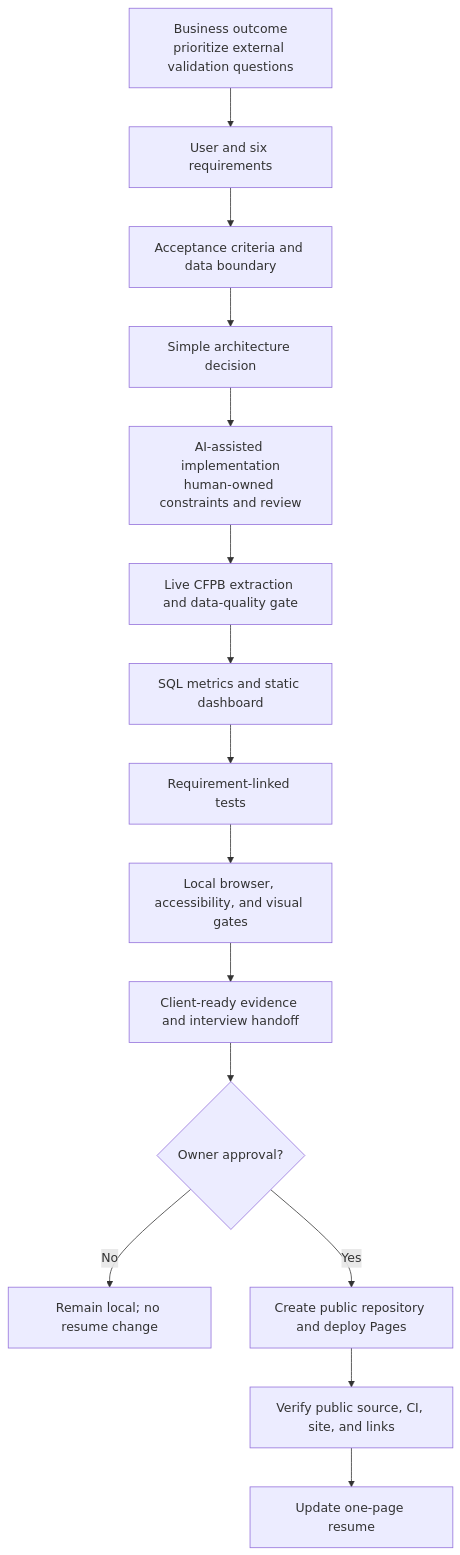
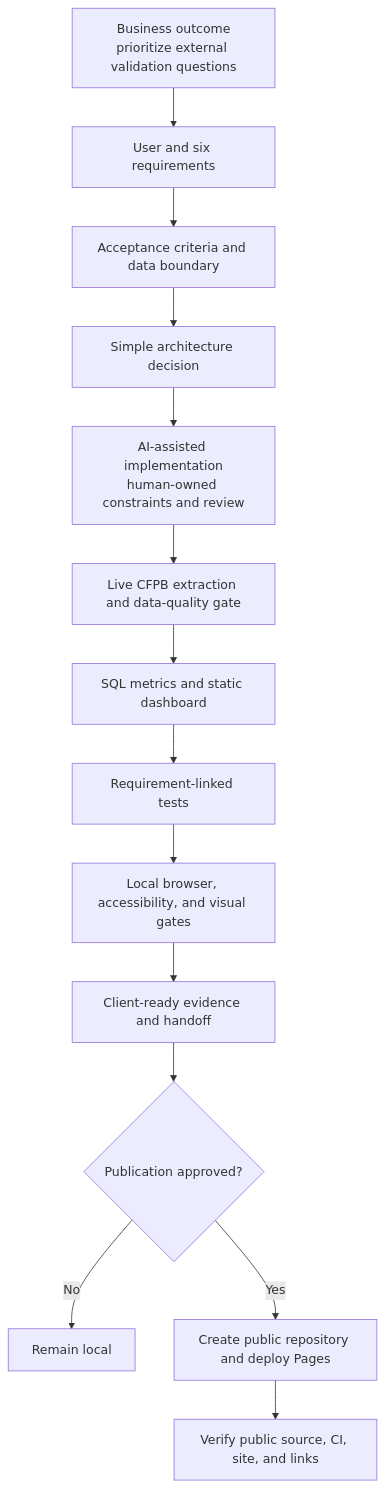
One commit to Duckky153/consumer-complaint-operations changed the first of 2 diagrams in delivery/architecture.md. Above: the diagram before and after it, drawn with Mermaid. The commit also changed other lines of this file and 12 other files, not shown here.

````diff
--- a/delivery/architecture.md
+++ b/delivery/architecture.md
@@ -5,17 +5,16 @@
 ```mermaid
 flowchart TD
     A["Business outcome<br>prioritize external validation questions"] --> B["User and six requirements"]
     B --> C["Acceptance criteria and data boundary"]
     C --> D["Simple architecture decision"]
     D --> E["AI-assisted implementation<br>human-owned constraints and review"]
     E --> F["Live CFPB extraction and data-quality gate"]
     F --> G["SQL metrics and static dashboard"]
     G --> H["Requirement-linked tests"]
     H --> I["Local browser, accessibility, and visual gates"]
-    I --> J["Client-ready evidence and interview handoff"]
-    J --> K{"Owner approval?"}
-    K -- "No" --> L["Remain local; no resume change"]
+    I --> J["Client-ready evidence and handoff"]
+    J --> K{"Publication approved?"}
+    K -- "No" --> L["Remain local"]
     K -- "Yes" --> M["Create public repository and deploy Pages"]
     M --> N["Verify public source, CI, site, and links"]
-    N --> O["Update one-page resume"]
 ```
````
